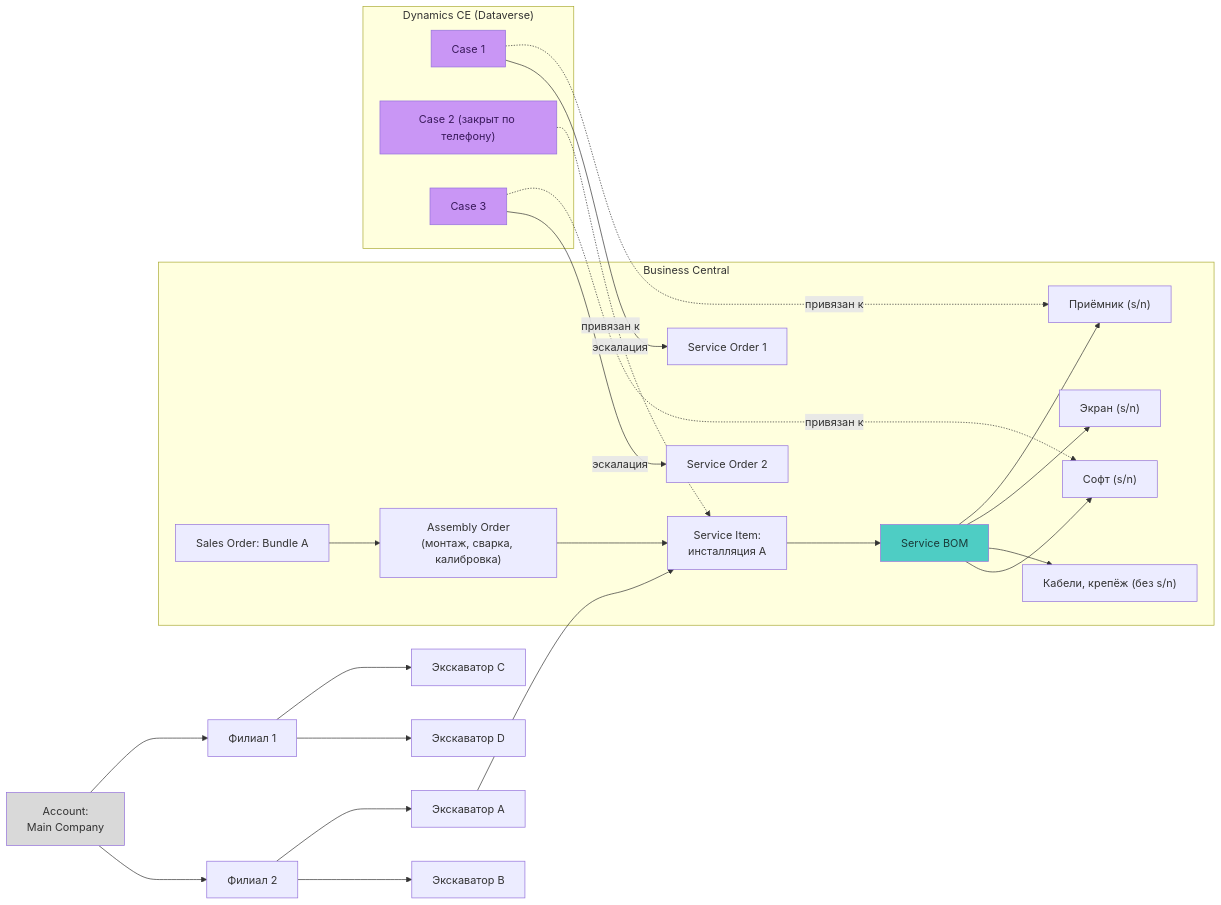
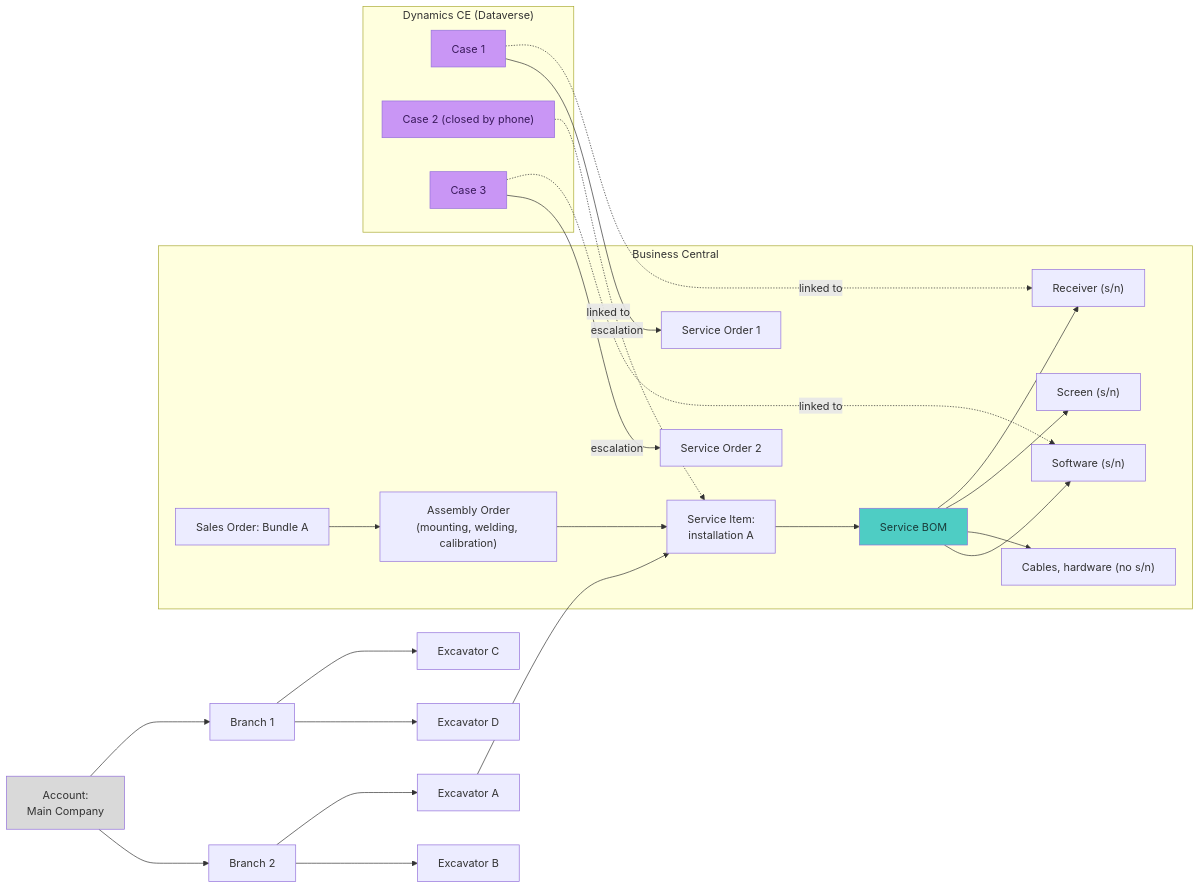
The third of 3 diagrams in docs/service-process.md (zhirkovaa/graph-theory), drawn with Mermaid before and after one commit. The commit also changed other lines of this file and 3 other files, not shown here.

````diff
--- a/docs/service-process.md
+++ b/docs/service-process.md
@@ -96,40 +99,40 @@
 ```mermaid
 flowchart LR
     ACC["Account:<br/>Main Company"]
-    ACC --> S1["Филиал 1"]
-    ACC --> S2["Филиал 2"]
-    S1 --> M3["Экскаватор C"] & M4["Экскаватор D"]
-    S2 --> M1["Экскаватор A"] & M2["Экскаватор B"]
+    ACC --> S1["Branch 1"]
+    ACC --> S2["Branch 2"]
+    S1 --> M3["Excavator C"] & M4["Excavator D"]
+    S2 --> M1["Excavator A"] & M2["Excavator B"]
 
-    M1 --> SVI_A["Service Item:<br/>инсталляция A"]
+    M1 --> SVI_A["Service Item:<br/>installation A"]
 
     subgraph BCX["Business Central"]
-        SLS["Sales Order: Bundle A"] --> ASM["Assembly Order<br/>(монтаж, сварка, калибровка)"]
+        SLS["Sales Order: Bundle A"] --> ASM["Assembly Order<br/>(mounting, welding, calibration)"]
         ASM --> SVI_A
         SVI_A --> SBOM["Service BOM"]
-        SBOM --> CMP1["Приёмник (s/n)"]
-        SBOM --> CMP2["Экран (s/n)"]
-        SBOM --> CMP3["Кабели, крепёж (без s/n)"]
-        SBOM --> CMP4["Софт (s/n)"]
+        SBOM --> CMP1["Receiver (s/n)"]
+        SBOM --> CMP2["Screen (s/n)"]
+        SBOM --> CMP3["Cables, hardware (no s/n)"]
+        SBOM --> CMP4["Software (s/n)"]
         SVO1["Service Order 1"]
         SVO2["Service Order 2"]
     end
 
     subgraph CEX["Dynamics CE (Dataverse)"]
         CS1["Case 1"]
-        CS2["Case 2 (закрыт по телефону)"]
+        CS2["Case 2 (closed by phone)"]
         CS3["Case 3"]
     end
 
-    CS1 -.->|"привязан к"| CMP1
-    CS2 -.->|"привязан к"| SVI_A
-    CS3 -.->|"привязан к"| CMP4
-    CS1 -->|"эскалация"| SVO1
-    CS3 -->|"эскалация"| SVO2
+    CS1 -.->|"linked to"| CMP1
+    CS2 -.->|"linked to"| SVI_A
+    CS3 -.->|"linked to"| CMP4
+    CS1 -->|"escalation"| SVO1
+    CS3 -->|"escalation"| SVO2
 
     style ACC fill:#d9d9d9,color:#333
     style SBOM fill:#4ecdc4,color:#1a3c3a
     style CS1 fill:#c996f5,color:#3a1a5c
     style CS2 fill:#c996f5,color:#3a1a5c
     style CS3 fill:#c996f5,color:#3a1a5c
 ```
````
